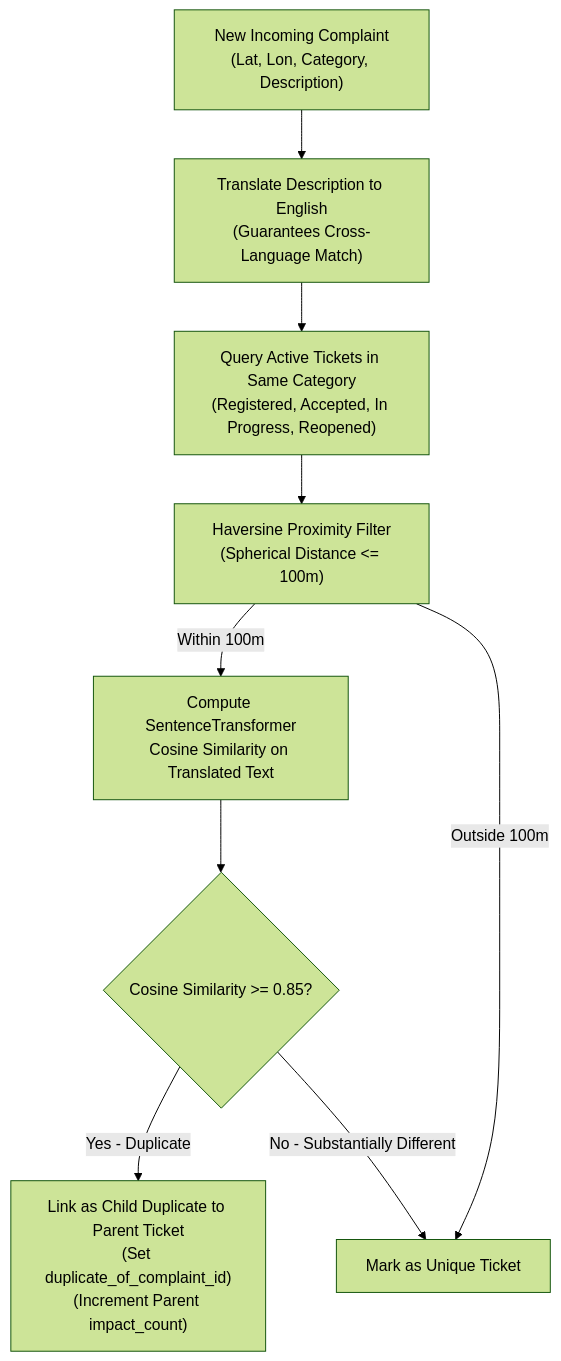
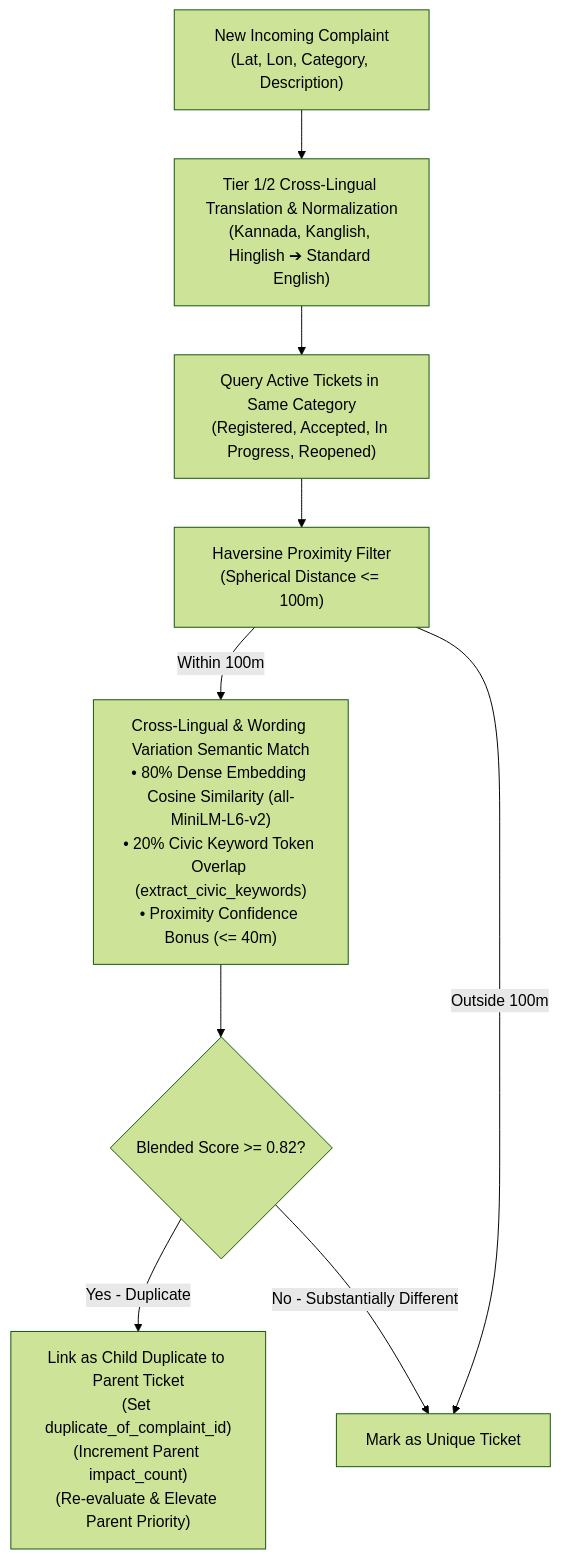
Diagram 11 of 18 in phases.md (SHRUTISINHA250714/civic), drawn with Mermaid (forest theme) before and after one commit. The commit also changed other lines of this file and 8 other files, not shown here.

````diff
--- a/phases.md
+++ b/phases.md
@@ -344,12 +359,12 @@
 ```mermaid
 flowchart TD
-    New["New Incoming Complaint\n(Lat, Lon, Category, Description)"] --> Trans["Translate Description to English\n(Guarantees Cross-Language Match)"]
+    New["New Incoming Complaint\n(Lat, Lon, Category, Description)"] --> Trans["Tier 1/2 Cross-Lingual Translation & Normalization\n(Kannada, Kanglish, Hinglish ➔ Standard English)"]
     Trans --> Active["Query Active Tickets in Same Category\n(Registered, Accepted, In Progress, Reopened)"]
     Active --> Radius["Haversine Proximity Filter\n(Spherical Distance <= 100m)"]
-    Radius -->|Within 100m| VectorSim["Compute SentenceTransformer\nCosine Similarity on Translated Text"]
+    Radius -->|Within 100m| BlendSim["Cross-Lingual & Wording Variation Semantic Match\n• 80% Dense Embedding Cosine Similarity (all-MiniLM-L6-v2)\n• 20% Civic Keyword Token Overlap (extract_civic_keywords)\n• Proximity Confidence Bonus (<= 40m)"]
     Radius -->|Outside 100m| Unique["Mark as Unique Ticket"]
     
-    VectorSim --> Check{"Cosine Similarity >= 0.85?"}
-    Check -->|Yes - Duplicate| Merge["Link as Child Duplicate to Parent Ticket\n(Set duplicate_of_complaint_id)\n(Increment Parent impact_count)"]
+    BlendSim --> Check{"Blended Score >= 0.82?"}
+    Check -->|Yes - Duplicate| Merge["Link as Child Duplicate to Parent Ticket\n(Set duplicate_of_complaint_id)\n(Increment Parent impact_count)\n(Re-evaluate & Elevate Parent Priority)"]
     Check -->|No - Substantially Different| Unique
 ```
````
